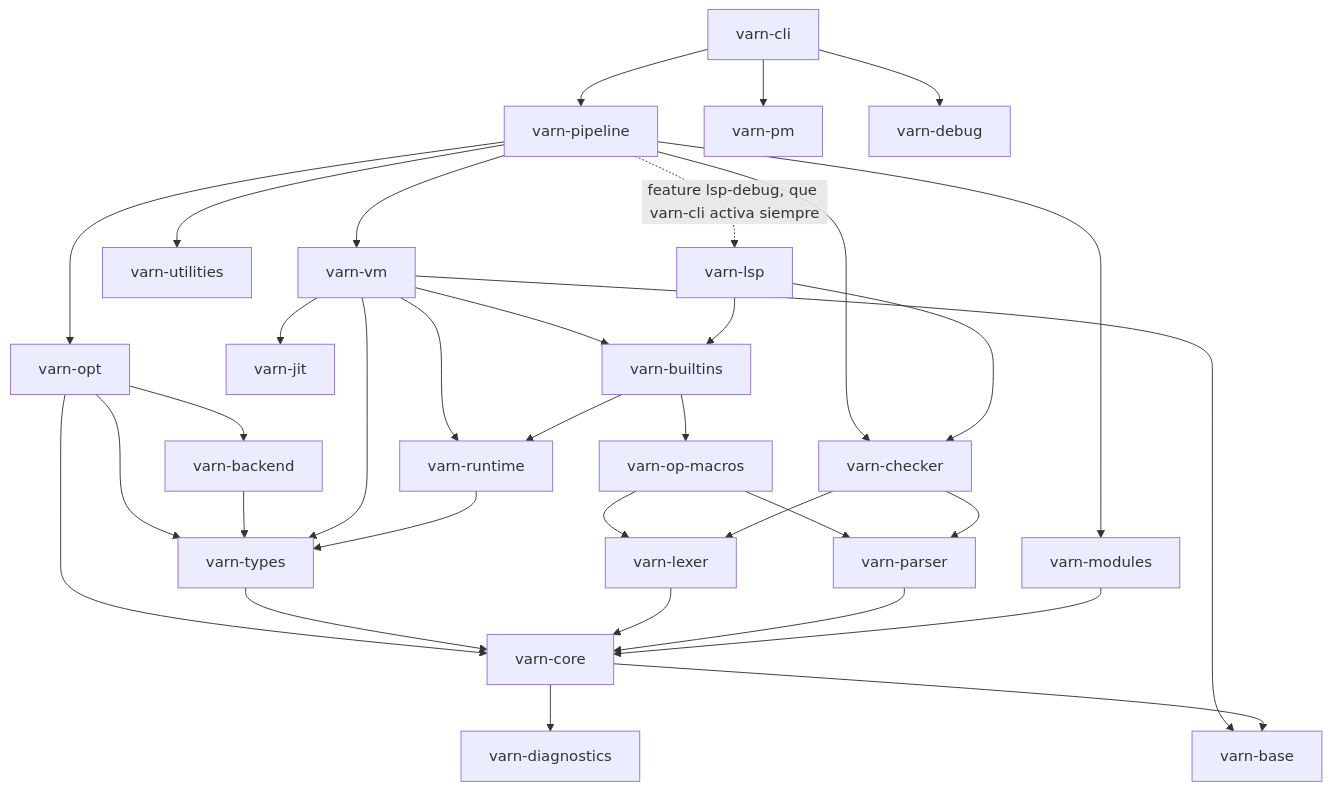
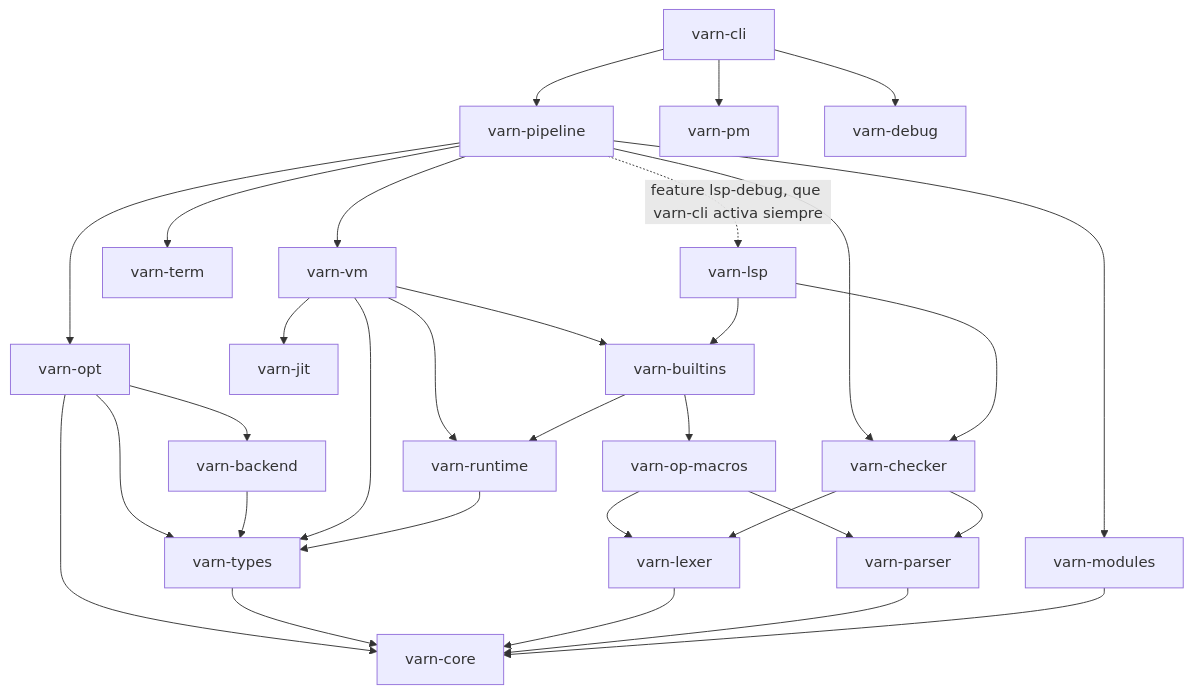
The diagram in docs/CRATES_STATE.md (carlos-burelo/varn), drawn with Mermaid before and after one commit. The commit also changed other lines of this file and 89 other files, not shown here.

First line of the commit message:
refactor: fold varn-base and varn-diagnostics into varn-core, rename varn-utilities to varn-term

````diff
--- a/docs/CRATES_STATE.md
+++ b/docs/CRATES_STATE.md
@@ -22,42 +22,39 @@
 ```mermaid
 graph TD
     CLI["varn-cli"] --> Pipeline["varn-pipeline"]
     CLI --> PM["varn-pm"]
     CLI --> Debug["varn-debug"]
 
     Pipeline --> Checker["varn-checker"]
     Pipeline --> Opt["varn-opt"]
     Pipeline --> VM["varn-vm"]
     Pipeline --> Modules["varn-modules"]
-    Pipeline --> Term["varn-utilities"]
+    Pipeline --> Term["varn-term"]
     Pipeline -.->|"feature lsp-debug, que varn-cli activa siempre"| LSP["varn-lsp"]
 
     Opt --> Backend["varn-backend"]
     Opt --> Core["varn-core"]
     Opt --> Types["varn-types"]
     Backend --> Types
 
     VM --> Types
     VM --> JIT["varn-jit"]
     VM --> Builtins["varn-builtins"]
     VM --> Runtime["varn-runtime"]
-    VM --> Base["varn-base"]
 
     Builtins --> OpMacros["varn-op-macros"]
     Builtins --> Runtime
     OpMacros --> Parser["varn-parser"]
     OpMacros --> Lexer["varn-lexer"]
 
     Checker --> Lexer
     Checker --> Parser
     LSP --> Checker
     LSP --> Builtins
 
-    Core --> Diagnostics["varn-diagnostics"]
-    Core --> Base
     Types --> Core
     Runtime --> Types
     Lexer --> Core
     Parser --> Core
     Modules --> Core
 ```
````
